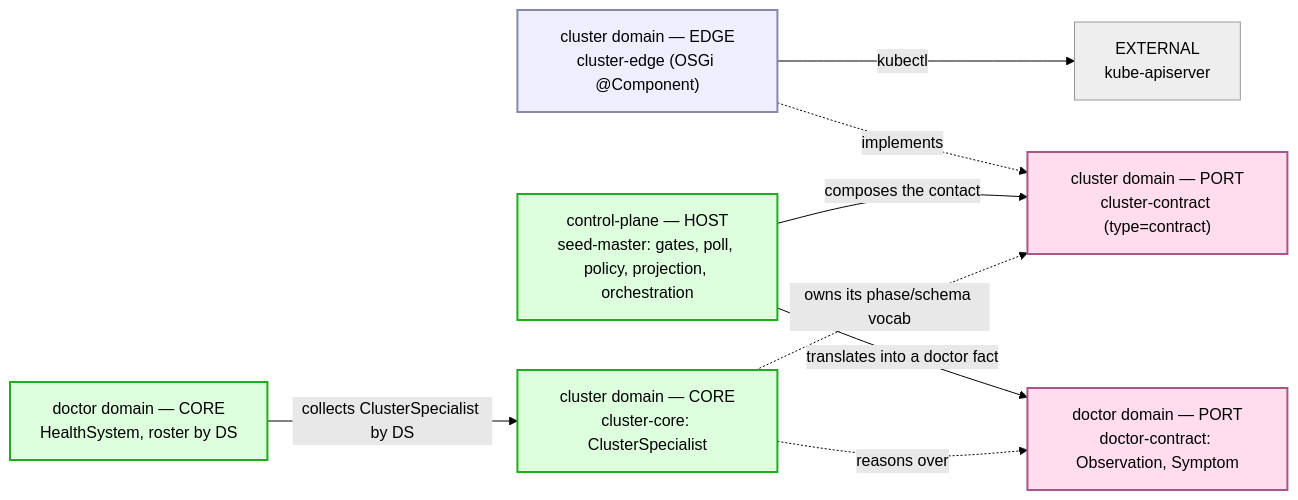
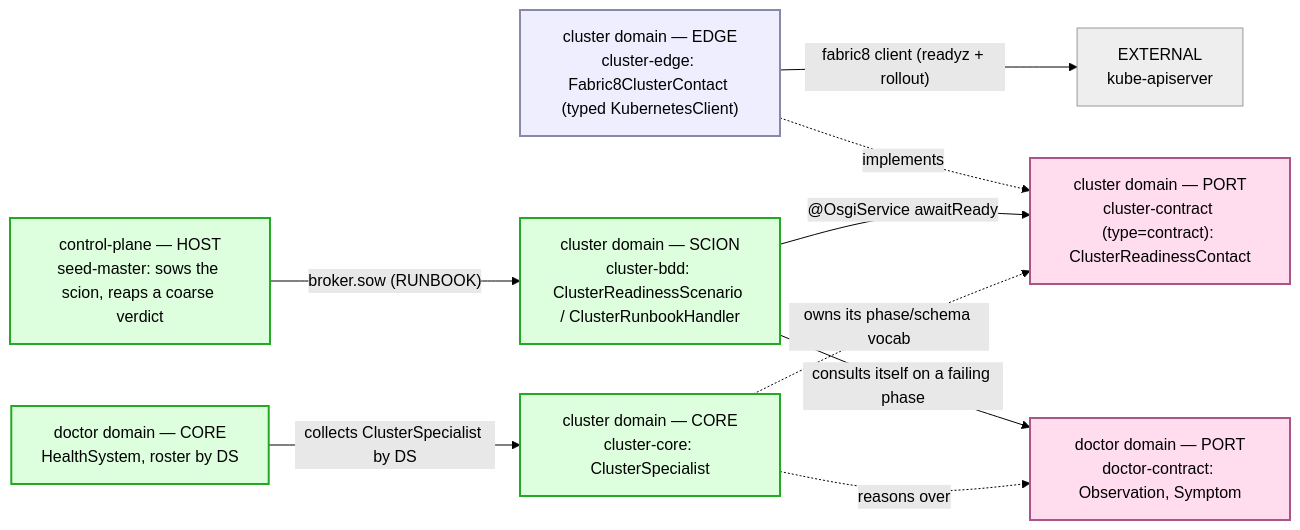
One commit to nxmatic/rke2lab changed the fifth of 5 diagrams in docs/architecture/osgi/cluster-edge-spec.adoc. Above: the diagram before and after it, drawn with Mermaid (forest theme). The commit also changed other lines of this file and 35 other files, not shown here.

```diff
--- a/docs/architecture/osgi/cluster-edge-spec.adoc
+++ b/docs/architecture/osgi/cluster-edge-spec.adoc
@@ -287,27 +306,29 @@
 [mermaid]
 ....
 flowchart LR
   world["EXTERNAL<br/>kube-apiserver"]
-  edge["cluster domain — EDGE<br/>cluster-edge (OSGi @Component)"]
-  cport["cluster domain — PORT<br/>cluster-contract (type=contract)"]
+  edge["cluster domain — EDGE<br/>cluster-edge: Fabric8ClusterContact (typed KubernetesClient)"]
+  cport["cluster domain — PORT<br/>cluster-contract (type=contract): ClusterReadinessContact"]
   ccore["cluster domain — CORE<br/>cluster-core: ClusterSpecialist"]
-  host["control-plane — HOST<br/>seed-master: gates, poll, policy, projection, orchestration"]
+  scion["cluster domain — SCION<br/>cluster-bdd: ClusterReadinessScenario / ClusterRunbookHandler"]
+  host["control-plane — HOST<br/>seed-master: sows the scion, reaps a coarse verdict"]
   dport["doctor domain — PORT<br/>doctor-contract: Observation, Symptom"]
   doctor["doctor domain — CORE<br/>HealthSystem, roster by DS"]
-  edge -->|kubectl| world
+  edge -->|"fabric8 client (readyz + rollout)"| world
   edge -.->|implements| cport
-  host -->|composes the contact| cport
-  host -->|translates into a doctor fact| dport
+  host -->|"broker.sow (RUNBOOK)"| scion
+  scion -->|"@OsgiService awaitReady"| cport
+  scion -->|"consults itself on a failing phase"| dport
   ccore -.->|reasons over| dport
   ccore -.->|owns its phase/schema vocab| cport
   doctor -->|collects ClusterSpecialist by DS| ccore
   classDef e fill:#eef,stroke:#88a,stroke-width:2px;
   classDef p fill:#fde,stroke:#a58,stroke-width:2px;
   classDef h fill:#dfd,stroke:#2a2,stroke-width:2px;
   classDef c fill:#dfd,stroke:#2a2,stroke-width:2px;
   classDef w fill:#eee,stroke:#999,stroke-width:1px;
   class edge e;
   class cport,dport p;
-  class host,doctor,ccore c;
+  class host,doctor,ccore,scion c;
   class world w;
 ....
```
